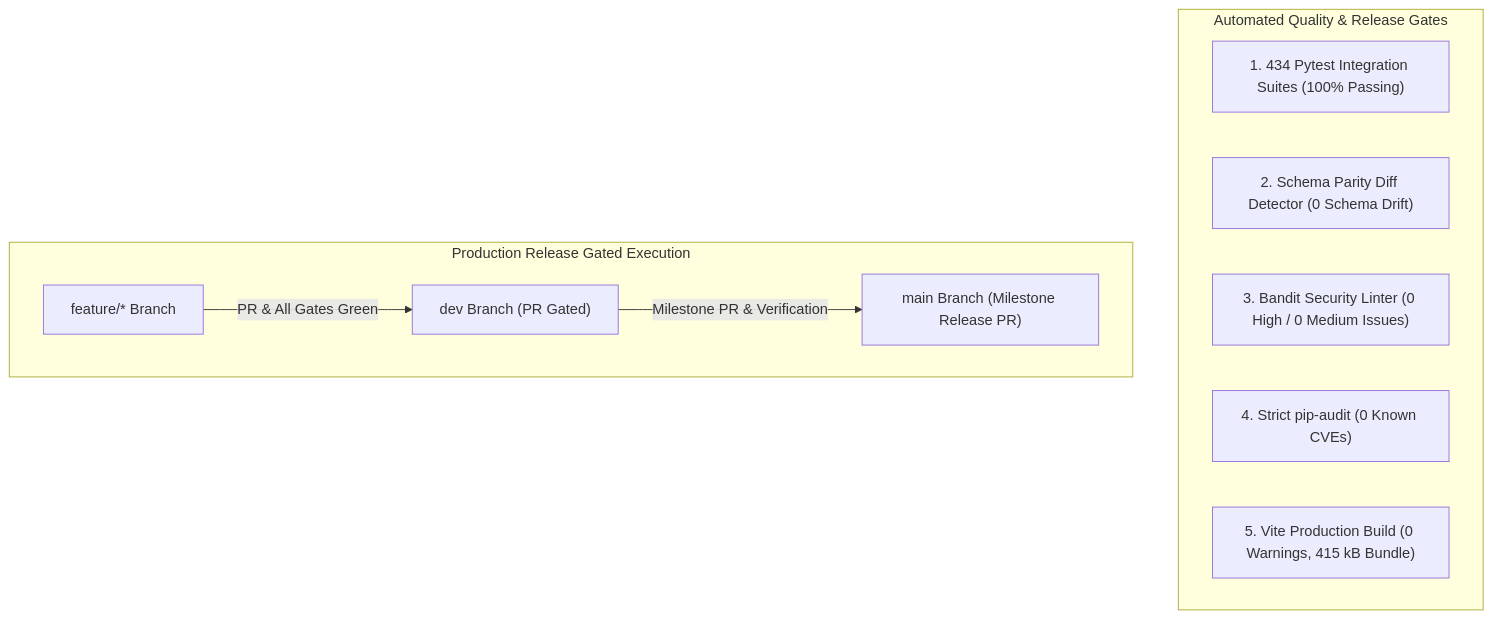
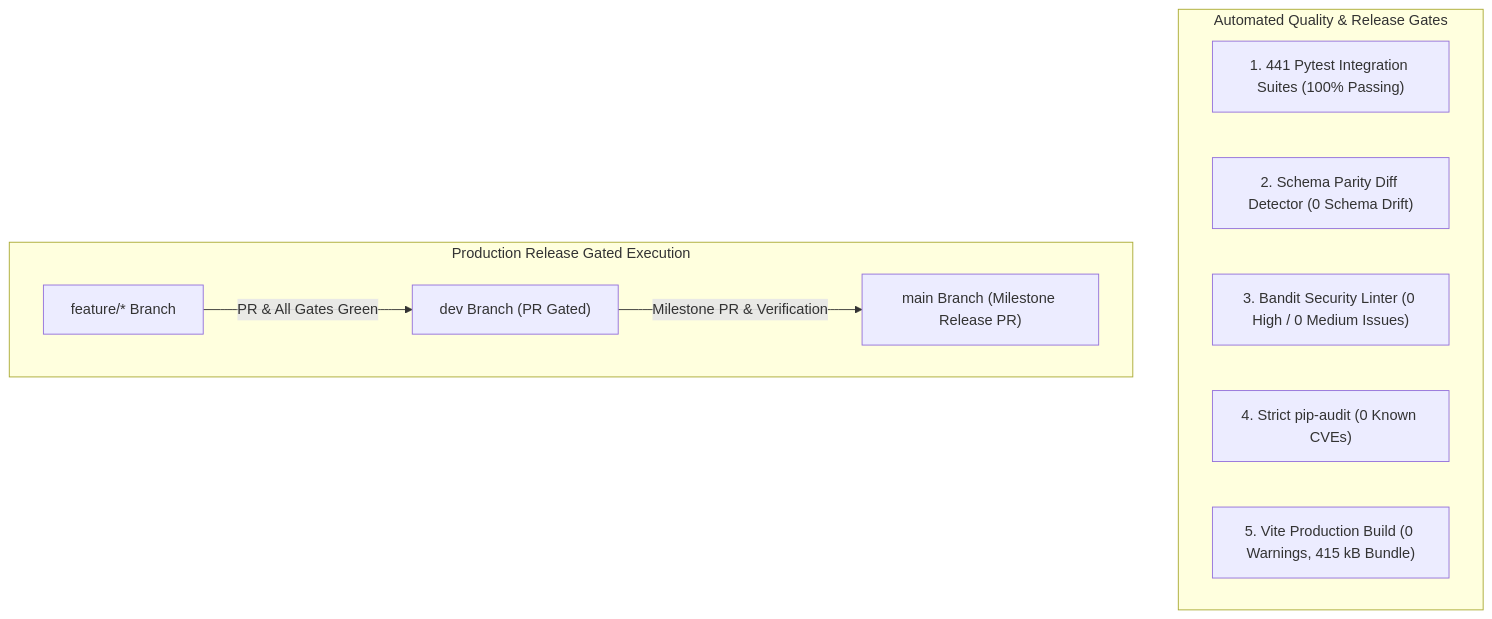
One commit to Perseus37/avinya_hms_v1 changed the diagram in docs/complete_guide/10_TESTING_QA_AND_RELEASE_GOVERNANCE.md. Above: the diagram before and after it, drawn with Mermaid. The commit also changed other lines of this file and 12 other files, not shown here.

````diff
--- a/docs/complete_guide/10_TESTING_QA_AND_RELEASE_GOVERNANCE.md
+++ b/docs/complete_guide/10_TESTING_QA_AND_RELEASE_GOVERNANCE.md
@@ -16,18 +16,18 @@
 ```mermaid
 flowchart TD
     subgraph GATES["Automated Quality & Release Gates"]
-        PYTEST["1. 434 Pytest Integration Suites (100% Passing)"]
+        PYTEST["1. 441 Pytest Integration Suites (100% Passing)"]
         DIFF["2. Schema Parity Diff Detector (0 Schema Drift)"]
         BANDIT["3. Bandit Security Linter (0 High / 0 Medium Issues)"]
         AUDIT["4. Strict pip-audit (0 Known CVEs)"]
         BUILD["5. Vite Production Build (0 Warnings, 415 kB Bundle)"]
     end
 
     subgraph RELEASE["Production Release Gated Execution"]
         FEATURE["feature/* Branch"]
         DEV["dev Branch (PR Gated)"]
         MAIN["main Branch (Milestone Release PR)"]
     end
 
     FEATURE -->|PR & All Gates Green| DEV -->|Milestone PR & Verification| MAIN
 ```
````
